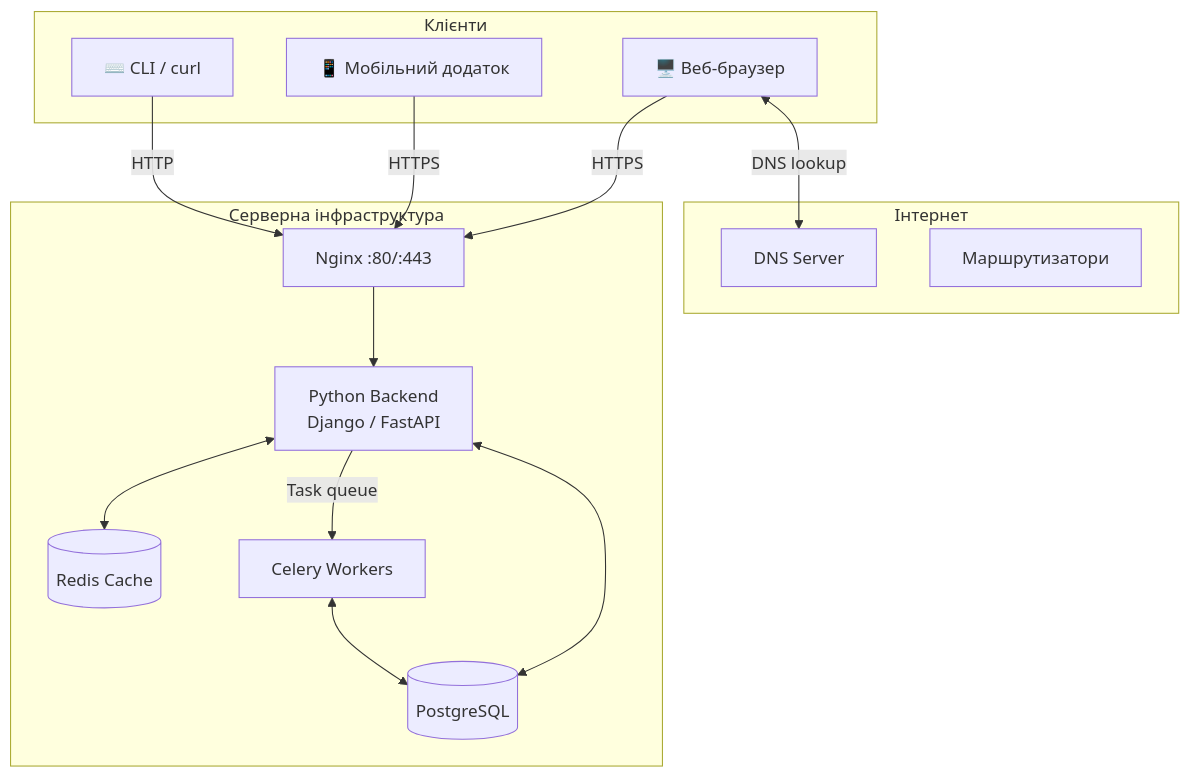
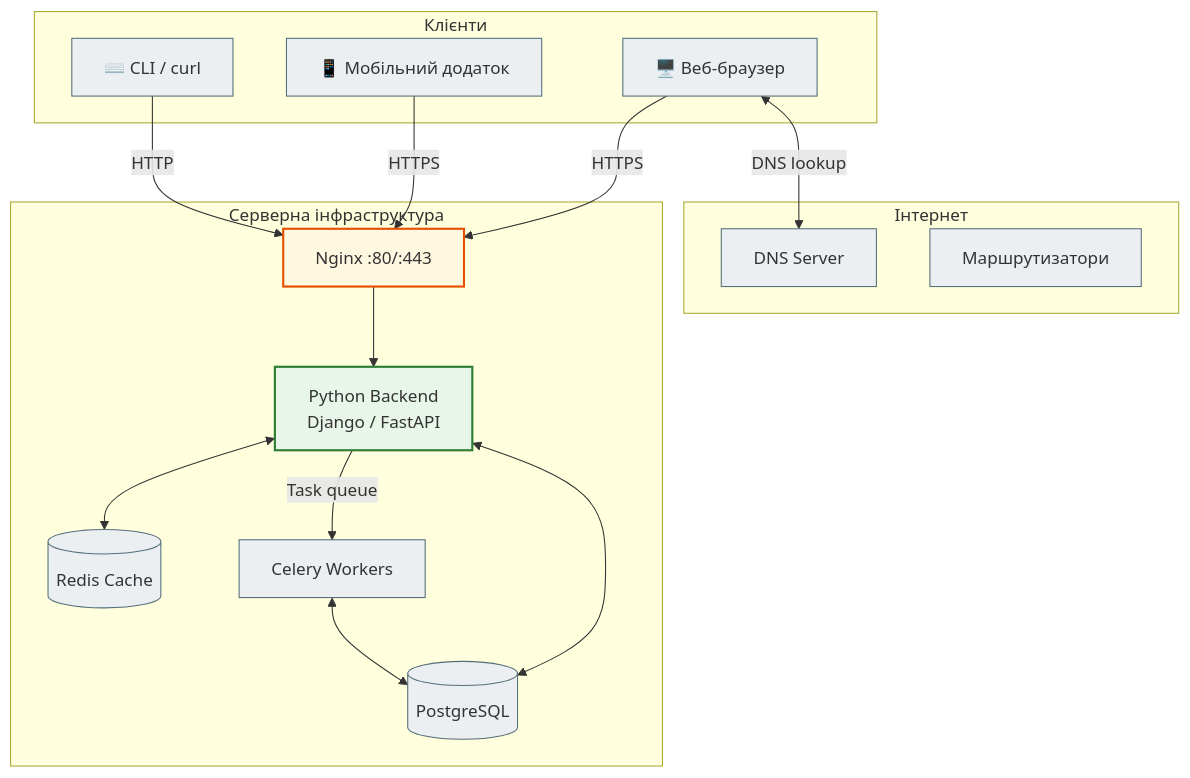
One commit to NikoriakViktot/notes_chat_app changed the tenth of 12 diagrams in docs/01_web_foundations/network_mermaid_full.md. Above: the diagram before and after it, drawn with Mermaid. The commit also changed other lines of this file and 441 other files, not shown here.

First line of the commit message:
Add English version of the book, Mermaid standard, docs fixes

````diff
--- a/docs/01_web_foundations/network_mermaid_full.md
+++ b/docs/01_web_foundations/network_mermaid_full.md
@@ -221,33 +247,41 @@
 ```mermaid
 graph TB
     subgraph Клієнти
         Browser[🖥️ Веб-браузер]
         Mobile[📱 Мобільний додаток]
         CLI[⌨️ CLI / curl]
     end
 
     subgraph Internet[Інтернет]
         DNS_S[DNS Server]
         Router_I[Маршрутизатори]
     end
 
     subgraph Server[Серверна інфраструктура]
         Nginx_S[Nginx :80/:443]
-        App[Python Backend\nDjango / FastAPI]
+        App["Python Backend<br>Django / FastAPI"]
         DB_S[(PostgreSQL)]
         Cache_S[(Redis Cache)]
         Worker[Celery Workers]
     end
 
     Browser -->|HTTPS| Nginx_S
     Mobile -->|HTTPS| Nginx_S
     CLI -->|HTTP| Nginx_S
     
     Browser <-->|DNS lookup| DNS_S
     
     Nginx_S --> App
     App <--> DB_S
     App <--> Cache_S
     App -->|Task queue| Worker
     Worker <--> DB_S
+
+    classDef step     fill:#eceff1,stroke:#546e7a,stroke-width:1px;
+    classDef success  fill:#e8f5e9,stroke:#2e7d32,stroke-width:2px;
+    classDef warning  fill:#fff8e1,stroke:#e65100,stroke-width:2px;
+
+    class Browser,Mobile,CLI,DNS_S,Router_I,DB_S,Cache_S,Worker step;
+    class Nginx_S warning;
+    class App success;
 ```
````
